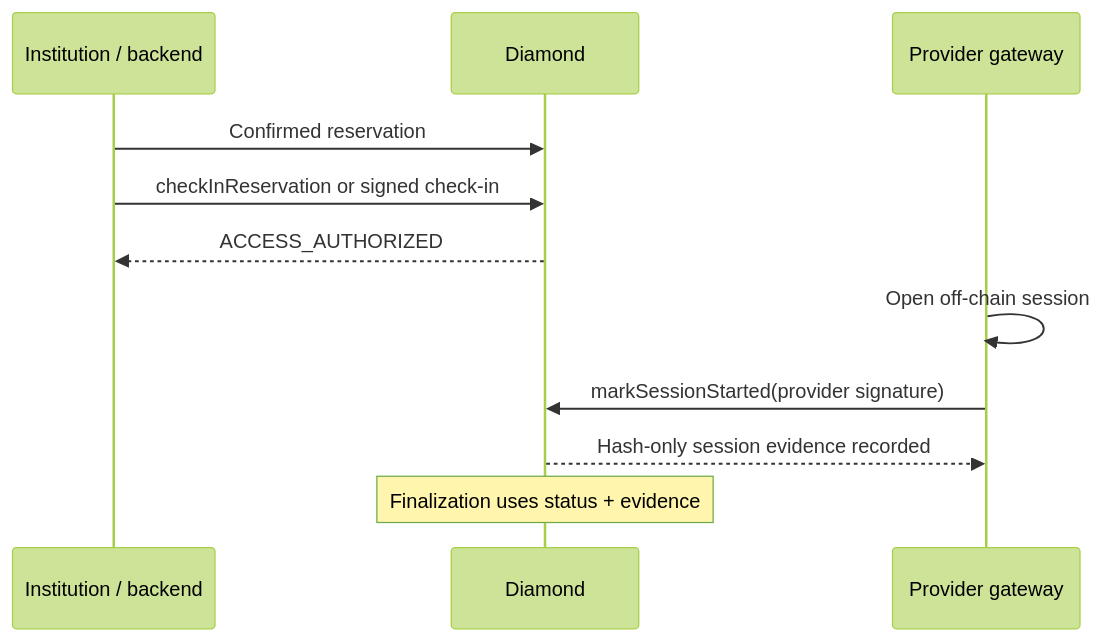
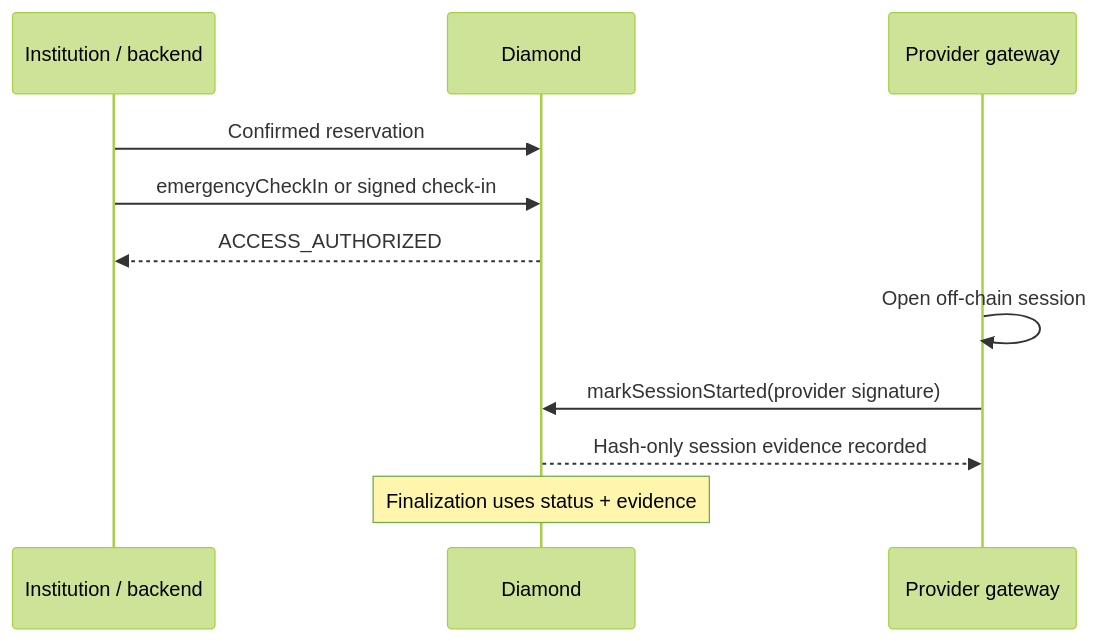
Before and after one commit to DecentraLabsCom/Smart-Contracts: the diagram in docs/institutional-access.md, drawn with Mermaid (forest theme). The commit also changed other lines of this file and 17 other files, not shown here.

````diff
--- a/docs/institutional-access.md
+++ b/docs/institutional-access.md
@@ -9,13 +9,13 @@
 ```mermaid
 sequenceDiagram
     participant I as Institution / backend
     participant D as Diamond
     participant G as Provider gateway
     I->>D: Confirmed reservation
-    I->>D: checkInReservation or signed check-in
+    I->>D: emergencyCheckIn or signed check-in
     D-->>I: ACCESS_AUTHORIZED
     G->>G: Open off-chain session
     G->>D: markSessionStarted(provider signature)
     D-->>G: Hash-only session evidence recorded
     Note over D: Finalization uses status + evidence
 ```
````
